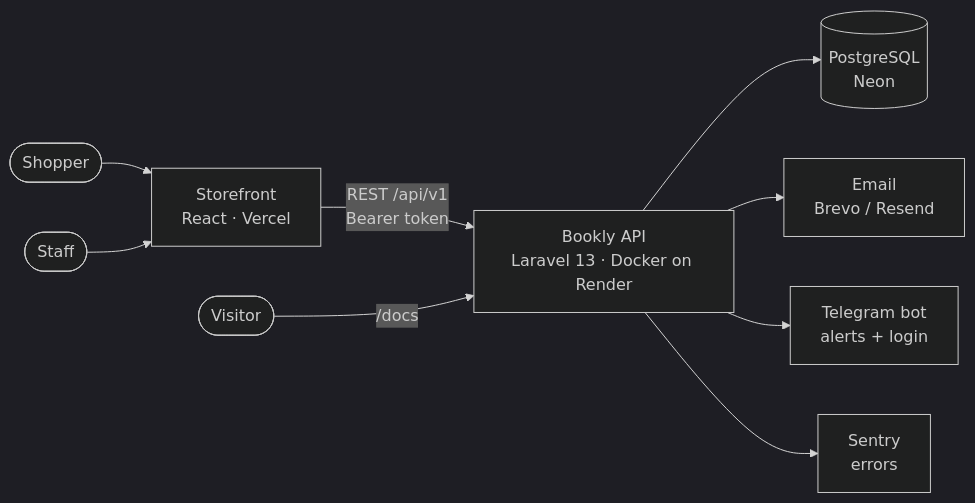
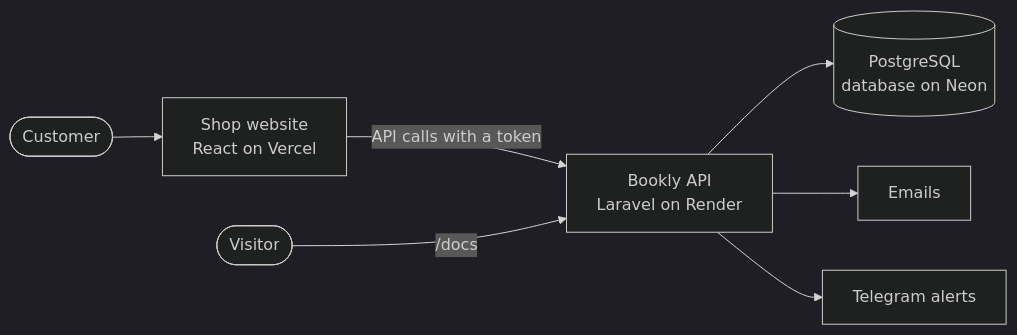
Before and after one commit to danishsary8/bookly_backend_v2: the first of 2 diagrams in README.md, drawn with Mermaid (dark theme). The commit also changed other lines of this file and 13 other files, not shown here.

Commit message:
Simplify the API docs page and add a demo sign-in that works with the bot check

````diff
--- a/README.md
+++ b/README.md
@@ -33,11 +55,9 @@
 ```mermaid
 flowchart LR
-    Shopper([Shopper]) --> FE[Storefront<br/>React · Vercel]
-    Staff([Staff]) --> FE
-    FE -->|REST /api/v1<br/>Bearer token| API[Bookly API<br/>Laravel 13 · Docker on Render]
+    Customer([Customer]) --> Shop[Shop website<br/>React on Vercel]
+    Shop -->|API calls with a token| API[Bookly API<br/>Laravel on Render]
     Visitor([Visitor]) -->|/docs| API
-    API --> DB[(PostgreSQL<br/>Neon)]
-    API --> Mail[Email<br/>Brevo / Resend]
-    API --> TG[Telegram bot<br/>alerts + login]
-    API --> Sentry[Sentry<br/>errors]
+    API --> DB[(PostgreSQL<br/>database on Neon)]
+    API --> Email[Emails]
+    API --> Telegram[Telegram alerts]
 ```
````
